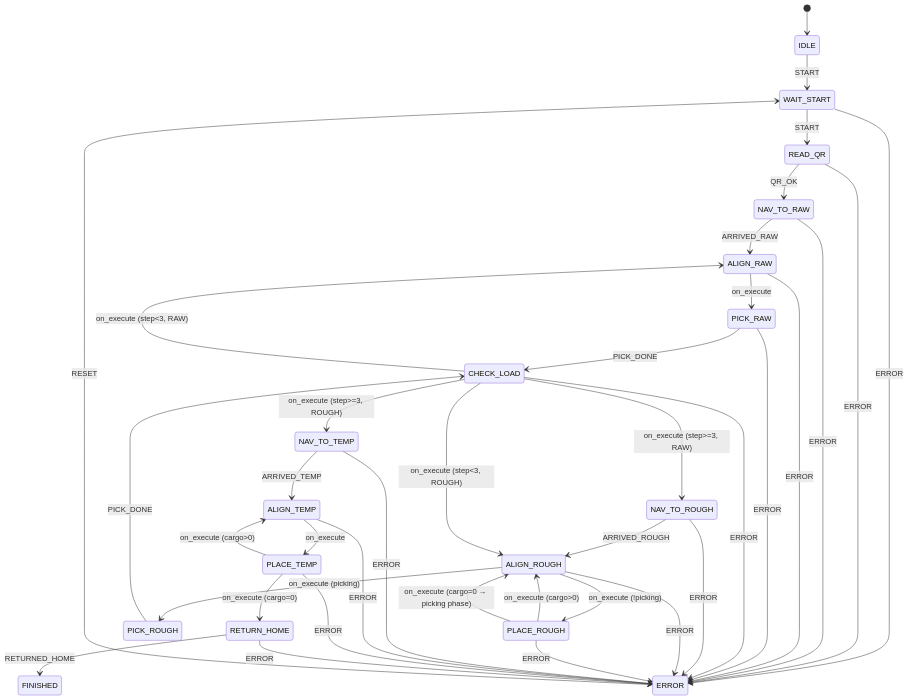
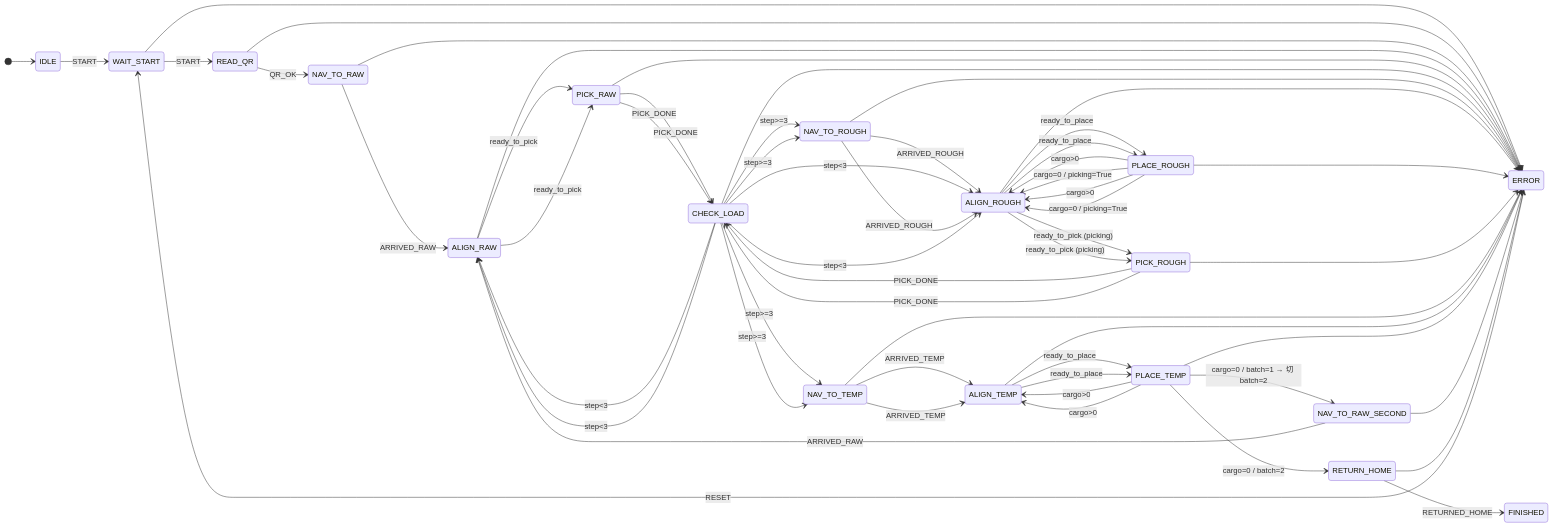
Before and after one commit to ju1c3rSH/Zulu-Walker: the diagram in docs/architecture/state_machine.md, drawn with Mermaid. The commit also changed other lines of this file and 3 other files, not shown here.

Commit message:
feat: implement second batch flow (NAV_TO_RAW_SECOND) + batch switch in _PlaceTempState + remove redundant states

````diff
--- a/docs/architecture/state_machine.md
+++ b/docs/architecture/state_machine.md
@@ -158,47 +164,75 @@
 ```mermaid
 stateDiagram-v2
+    direction LR
     [*] --> IDLE
     IDLE --> WAIT_START: START
     WAIT_START --> READ_QR: START
     READ_QR --> NAV_TO_RAW: QR_OK
-    
+
+    %% ===== 第一批：取料 (RAW) =====
     NAV_TO_RAW --> ALIGN_RAW: ARRIVED_RAW
-    ALIGN_RAW --> PICK_RAW: on_execute
+    ALIGN_RAW --> PICK_RAW: ready_to_pick
     PICK_RAW --> CHECK_LOAD: PICK_DONE
-    
-    CHECK_LOAD --> ALIGN_RAW: on_execute (step<3, RAW)
-    CHECK_LOAD --> NAV_TO_ROUGH: on_execute (step>=3, RAW)
-    
+    CHECK_LOAD --> ALIGN_RAW: step<3
+    CHECK_LOAD --> NAV_TO_ROUGH: step>=3
+
+    %% ===== 第一批：粗加工 (放 → 取) =====
     NAV_TO_ROUGH --> ALIGN_ROUGH: ARRIVED_ROUGH
-    ALIGN_ROUGH --> PLACE_ROUGH: on_execute (!picking)
-    ALIGN_ROUGH --> PICK_ROUGH: on_execute (picking)
-    PLACE_ROUGH --> ALIGN_ROUGH: on_execute (cargo>0)
-    PLACE_ROUGH --> ALIGN_ROUGH: on_execute (cargo=0 → picking phase)
-    
+    ALIGN_ROUGH --> PLACE_ROUGH: ready_to_place
+    PLACE_ROUGH --> ALIGN_ROUGH: cargo>0
+    PLACE_ROUGH --> ALIGN_ROUGH: cargo=0 / picking=True
+    ALIGN_ROUGH --> PICK_ROUGH: ready_to_pick (picking)
     PICK_ROUGH --> CHECK_LOAD: PICK_DONE
-    CHECK_LOAD --> ALIGN_ROUGH: on_execute (step<3, ROUGH)
-    CHECK_LOAD --> NAV_TO_TEMP: on_execute (step>=3, ROUGH)
-    
+    CHECK_LOAD --> ALIGN_ROUGH: step<3
+    CHECK_LOAD --> NAV_TO_TEMP: step>=3
+
+    %% ===== 第一批：暂存 =====
     NAV_TO_TEMP --> ALIGN_TEMP: ARRIVED_TEMP
-    ALIGN_TEMP --> PLACE_TEMP: on_execute
-    PLACE_TEMP --> ALIGN_TEMP: on_execute (cargo>0)
-    PLACE_TEMP --> RETURN_HOME: on_execute (cargo=0)
-    
+    ALIGN_TEMP --> PLACE_TEMP: ready_to_place
+    PLACE_TEMP --> ALIGN_TEMP: cargo>0
+    PLACE_TEMP --> NAV_TO_RAW_SECOND: cargo=0 / batch=1 → 切 batch=2
+
+    %% ===== 第二批：回程取料 (TEMP→RAW) =====
+    NAV_TO_RAW_SECOND --> ALIGN_RAW: ARRIVED_RAW
+    ALIGN_RAW --> PICK_RAW: ready_to_pick
+    PICK_RAW --> CHECK_LOAD: PICK_DONE
+    CHECK_LOAD --> ALIGN_RAW: step<3
+    CHECK_LOAD --> NAV_TO_ROUGH: step>=3
+
+    %% ===== 第二批：粗加工 (复用) =====
+    NAV_TO_ROUGH --> ALIGN_ROUGH: ARRIVED_ROUGH
+    ALIGN_ROUGH --> PLACE_ROUGH: ready_to_place
+    PLACE_ROUGH --> ALIGN_ROUGH: cargo>0
+    PLACE_ROUGH --> ALIGN_ROUGH: cargo=0 / picking=True
+    ALIGN_ROUGH --> PICK_ROUGH: ready_to_pick (picking)
+    PICK_ROUGH --> CHECK_LOAD: PICK_DONE
+    CHECK_LOAD --> ALIGN_ROUGH: step<3
+    CHECK_LOAD --> NAV_TO_TEMP: step>=3
+
+    %% ===== 第二批：暂存 (复用 PLACE_TEMP) =====
+    NAV_TO_TEMP --> ALIGN_TEMP: ARRIVED_TEMP
+    ALIGN_TEMP --> PLACE_TEMP: ready_to_place
+    PLACE_TEMP --> ALIGN_TEMP: cargo>0
+    PLACE_TEMP --> RETURN_HOME: cargo=0 / batch=2
+
+    %% ===== 终态 =====
     RETURN_HOME --> FINISHED: RETURNED_HOME
-    
     ERROR --> WAIT_START: RESET
-    
-    WAIT_START --> ERROR: ERROR
-    READ_QR --> ERROR: ERROR
-    NAV_TO_RAW --> ERROR: ERROR
-    ALIGN_RAW --> ERROR: ERROR
-    PICK_RAW --> ERROR: ERROR
-    CHECK_LOAD --> ERROR: ERROR
-    NAV_TO_ROUGH --> ERROR: ERROR
-    ALIGN_ROUGH --> ERROR: ERROR
-    PLACE_ROUGH --> ERROR: ERROR
-    NAV_TO_TEMP --> ERROR: ERROR
-    ALIGN_TEMP --> ERROR: ERROR
-    PLACE_TEMP --> ERROR: ERROR
-    RETURN_HOME --> ERROR: ERROR
+
+    %% ===== 异常分支（简化） =====
+    WAIT_START --> ERROR
+    READ_QR --> ERROR
+    NAV_TO_RAW --> ERROR
+    ALIGN_RAW --> ERROR
+    PICK_RAW --> ERROR
+    CHECK_LOAD --> ERROR
+    NAV_TO_ROUGH --> ERROR
+    ALIGN_ROUGH --> ERROR
+    PLACE_ROUGH --> ERROR
+    PICK_ROUGH --> ERROR
+    NAV_TO_TEMP --> ERROR
+    ALIGN_TEMP --> ERROR
+    PLACE_TEMP --> ERROR
+    NAV_TO_RAW_SECOND --> ERROR
+    RETURN_HOME --> ERROR
 ```
````
